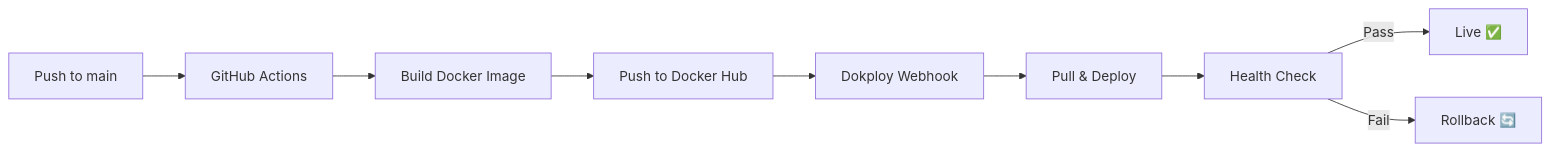
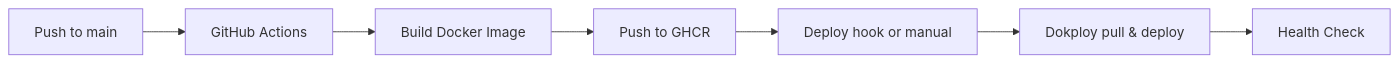
One commit to oricha/recicar changed the diagram in .github/README.md. Above: the diagram before and after it, drawn with Mermaid. The commit also changed other lines of this file and 8 other files, not shown here.

````diff
--- a/.github/README.md
+++ b/.github/README.md
@@ -49,11 +38,9 @@
 ```mermaid
 graph LR
     A[Push to main] --> B[GitHub Actions]
     B --> C[Build Docker Image]
-    C --> D[Push to Docker Hub]
-    D --> E[Dokploy Webhook]
-    E --> F[Pull & Deploy]
+    C --> D[Push to GHCR]
+    D --> E[Deploy hook or manual]
+    E --> F[Dokploy pull & deploy]
     F --> G[Health Check]
-    G -->|Pass| H[Live ✅]
-    G -->|Fail| I[Rollback 🔄]
 ```
````
